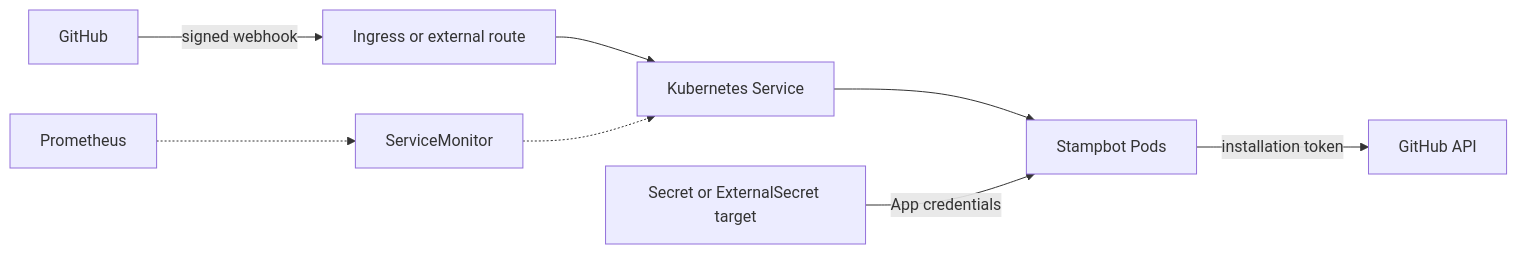
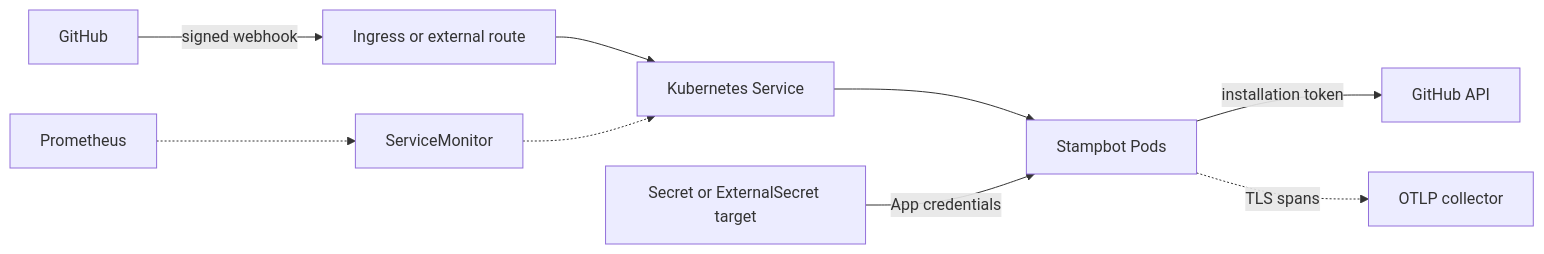
The diagram in charts/stampbot/README.md (dannysauer/stampbot), drawn with Mermaid before and after one commit. The commit also changed other lines of this file and 19 other files, not shown here.

````diff
--- a/charts/stampbot/README.md
+++ b/charts/stampbot/README.md
@@ -10,19 +10,21 @@
 ```mermaid
 flowchart LR
     github["GitHub"]
     ingress["Ingress or external route"]
     service["Kubernetes Service"]
     pods["Stampbot Pods"]
     api["GitHub API"]
     secret["Secret or ExternalSecret target"]
     prometheus["Prometheus"]
     monitor["ServiceMonitor"]
+    collector["OTLP collector"]
 
     github -->|signed webhook| ingress
     ingress --> service
     service --> pods
     secret -->|App credentials| pods
     pods -->|installation token| api
+    pods -.->|TLS spans| collector
     prometheus -.-> monitor
     monitor -.-> service
 ```
````
